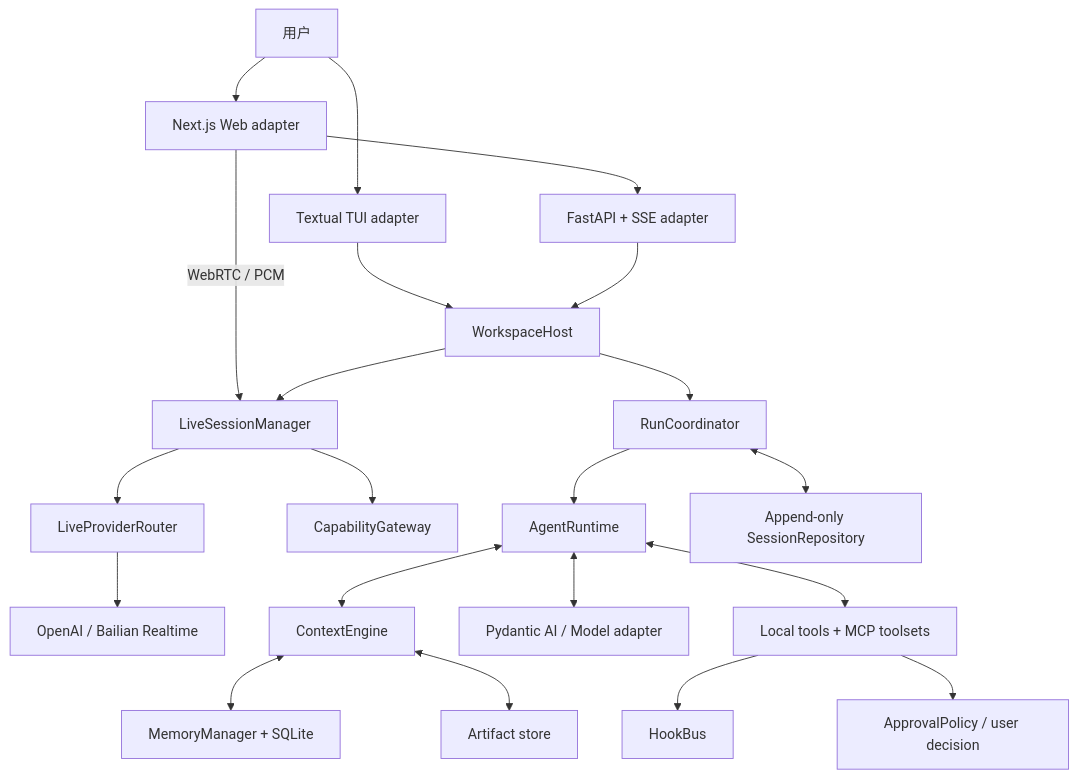
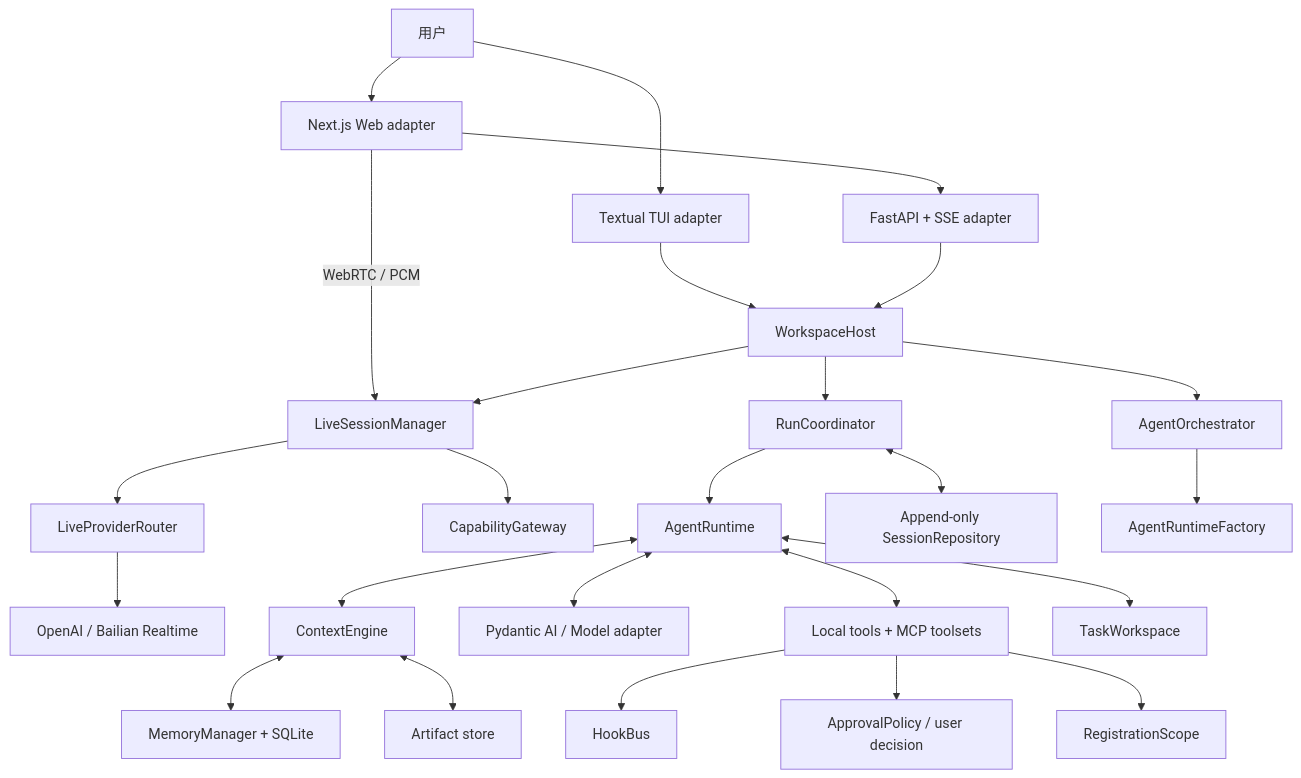
The diagram in docs/architecture-guide/01-system-overview.md (JasonYZzz/lumen), drawn with Mermaid before and after one commit. The commit also changed other lines of this file and 162 other files, not shown here.

````diff
--- a/docs/architecture-guide/01-system-overview.md
+++ b/docs/architecture-guide/01-system-overview.md
@@ -5,26 +5,31 @@
 ```mermaid
 flowchart TB
     User["用户"] --> TUI["Textual TUI adapter"]
     User --> Web["Next.js Web adapter"]
     Web --> API["FastAPI + SSE adapter"]
     Web -->|"WebRTC / PCM"| Live
     TUI --> Host["WorkspaceHost"]
     API --> Host
     Host --> Live["LiveSessionManager"]
     Live --> Router["LiveProviderRouter"]
     Router --> Realtime["OpenAI / Bailian Realtime"]
     Live --> Gateway["CapabilityGateway"]
 
     Host --> Coordinator["RunCoordinator"]
     Coordinator --> Runtime["AgentRuntime"]
     Runtime <--> Context["ContextEngine"]
     Runtime <--> Model["Pydantic AI / Model adapter"]
     Runtime <--> Tools["Local tools + MCP toolsets"]
 
     Context <--> Memory["MemoryManager + SQLite"]
     Context <--> Artifacts["Artifact store"]
     Coordinator <--> Sessions["Append-only SessionRepository"]
 
+    Host --> Orchestrator["AgentOrchestrator"]
+    Orchestrator --> ChildRuntime["AgentRuntimeFactory"]
+    Runtime <--> Workspace["TaskWorkspace"]
+
     Tools --> Hooks["HookBus"]
     Tools --> Approval["ApprovalPolicy / user decision"]
+    Tools --> Scope["RegistrationScope"]
 ```
````
